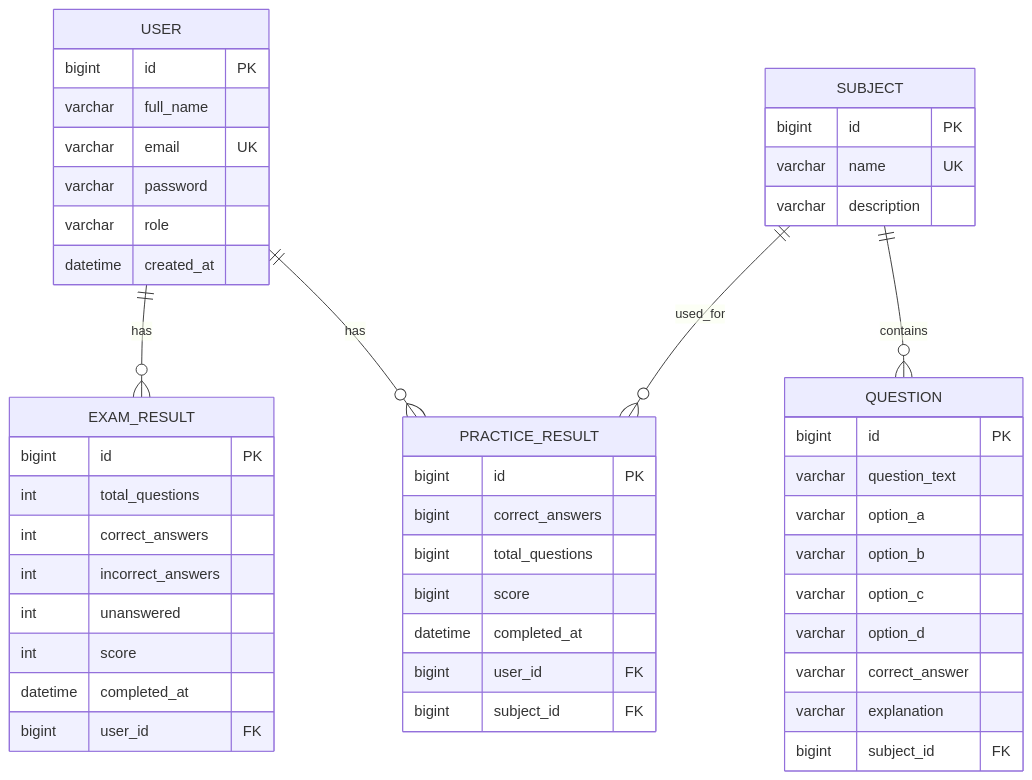
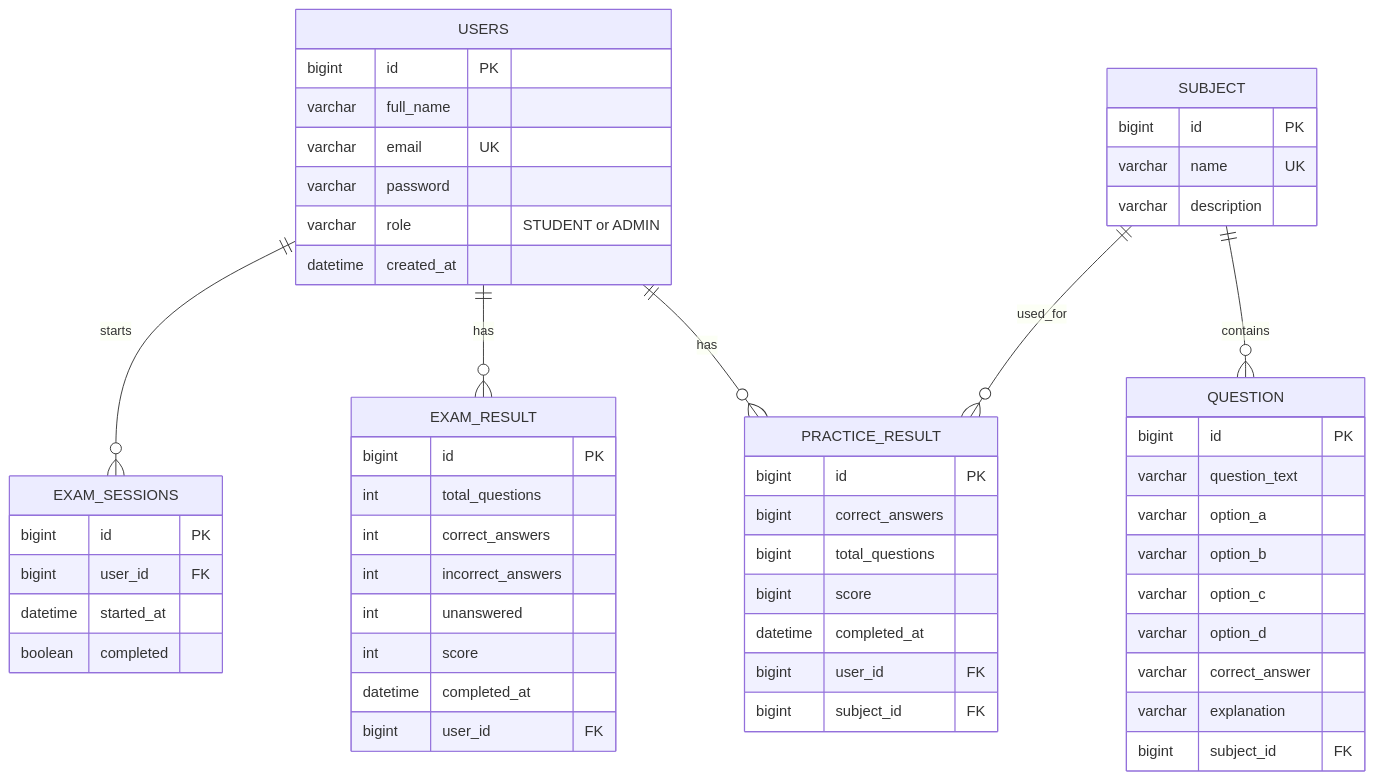
The diagram in docs/Database/ER-Diagram.md (Hunter-Theory-Examination-Jagarexamen/hunter-exam-trainer), drawn with Mermaid before and after one commit. The commit also changed 3 other files, not shown here.

First line of the commit message:
Update API spec, UML and ER diagram after #29 and #35

````diff
--- a/docs/Database/ER-Diagram.md
+++ b/docs/Database/ER-Diagram.md
@@ -3,56 +3,64 @@
 ```mermaid
 erDiagram
 
-    USER ||--o{ PRACTICE_RESULT : has 
-    USER ||--o{ EXAM_RESULT : has 
+    USERS ||--o{ PRACTICE_RESULT : has 
+    USERS ||--o{ EXAM_RESULT : has 
+    USERS ||--o{ EXAM_SESSIONS : starts 
     SUBJECT ||--o{ QUESTION : contains 
     SUBJECT ||--o{ PRACTICE_RESULT : used_for
 
-    USER {
+    USERS {
         bigint id PK 
         varchar full_name 
         varchar email UK 
         varchar password 
-        varchar role 
+        varchar role "STUDENT or ADMIN" 
         datetime created_at
+    }
+
+    EXAM_SESSIONS {
+        bigint id PK
+        bigint user_id FK
+        datetime started_at
+        boolean completed
     }
 
     SUBJECT {
         bigint id PK 
         varchar name UK 
         varchar description
     }
 
     QUESTION {
         bigint id PK 
         varchar question_text 
         varchar option_a 
         varchar option_b 
         varchar option_c 
         varchar option_d 
         varchar correct_answer 
         varchar explanation 
         bigint subject_id FK
     }
 
     PRACTICE_RESULT {
         bigint id PK 
         bigint correct_answers 
         bigint total_questions 
         bigint score 
         datetime completed_at 
         bigint user_id FK 
         bigint subject_id FK
     }
 
     EXAM_RESULT {
         bigint id PK 
         int total_questions 
         int correct_answers 
         int incorrect_answers 
         int unanswered 
         int score 
         datetime completed_at 
         bigint user_id FK
     }
 ```
````
